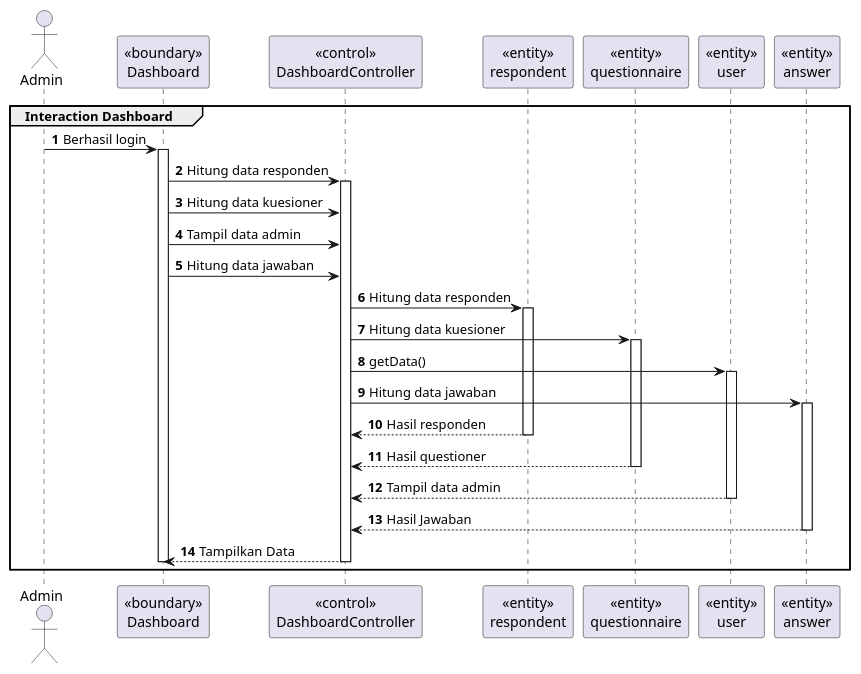
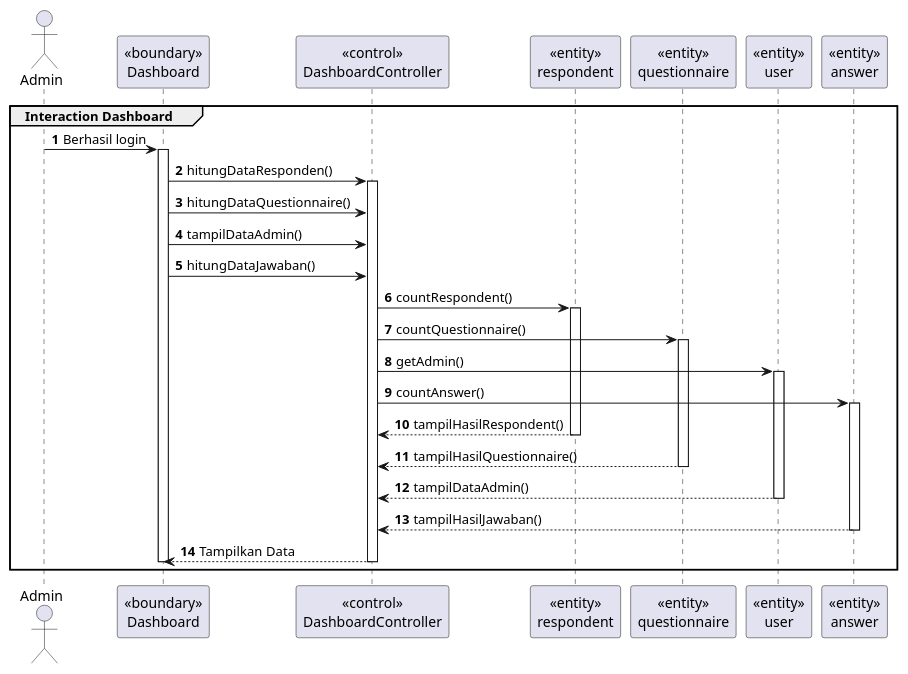
Before and after one commit to Churma16/indeks-kepuasan-masyarakat: the diagram in documentation/SequenceDiagram/dashboardSequenceDiagram.puml, drawn with PlantUML. The commit also changed 11 other files, not shown here.

```diff
--- a/documentation/SequenceDiagram/dashboardSequenceDiagram.puml
+++ b/documentation/SequenceDiagram/dashboardSequenceDiagram.puml
@@ -1,41 +1,41 @@
 @startuml Interaction Dashboard
 autonumber
 group Interaction Dashboard
 
     actor Admin 
     participant "<<boundary>>\nDashboard" as dashboard
     participant "<<control>>\nDashboardController" as dashboard_cont
     participant "<<entity>>\nrespondent" as respondent
     participant "<<entity>>\nquestionnaire" as questioner
     participant "<<entity>>\nuser" as admin
     participant "<<entity>>\nanswer" as answer
 
     Admin -> dashboard:Berhasil login
     activate dashboard
-            dashboard -> dashboard_cont:Hitung data responden
+            dashboard -> dashboard_cont:hitungDataResponden()
         activate dashboard_cont
-            dashboard -> dashboard_cont:Hitung data kuesioner
-            dashboard -> dashboard_cont:Tampil data admin
-            dashboard -> dashboard_cont:Hitung data jawaban
-        dashboard_cont -> respondent:Hitung data responden
+            dashboard -> dashboard_cont:hitungDataQuestionnaire()
+            dashboard -> dashboard_cont:tampilDataAdmin()
+            dashboard -> dashboard_cont:hitungDataJawaban()
+        dashboard_cont -> respondent:countRespondent()
         activate respondent
-            dashboard_cont -> questioner:Hitung data kuesioner
+            dashboard_cont -> questioner:countQuestionnaire()
             activate questioner
-                dashboard_cont -> admin:getData()
+                dashboard_cont -> admin:getAdmin()
                 activate admin
-                    dashboard_cont -> answer:Hitung data jawaban
+                    dashboard_cont -> answer:countAnswer()
                     activate answer
-                    respondent --> dashboard_cont:Hasil responden
+                    respondent --> dashboard_cont:tampilHasilRespondent()
         deactivate respondent
-                    questioner --> dashboard_cont:Hasil questioner
+                    questioner --> dashboard_cont:tampilHasilQuestionnaire()
             deactivate questioner
-                admin --> dashboard_cont:Tampil data admin
+                admin --> dashboard_cont:tampilDataAdmin()
                 deactivate admin
-                    answer --> dashboard_cont:Hasil Jawaban
+                    answer --> dashboard_cont:tampilHasilJawaban()
                     deactivate answer
         dashboard_cont --> dashboard:Tampilkan Data
         deactivate dashboard_cont
     deactivate dashboard
 
 end
 @enduml
```
